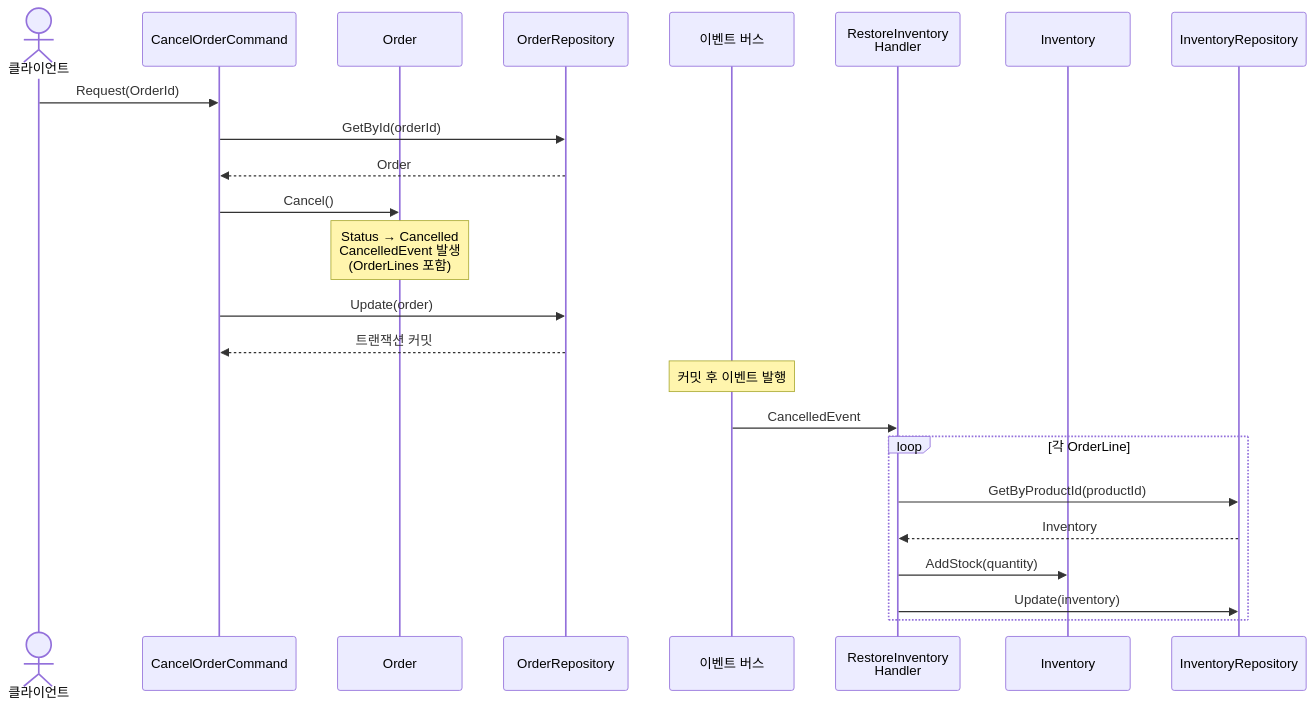
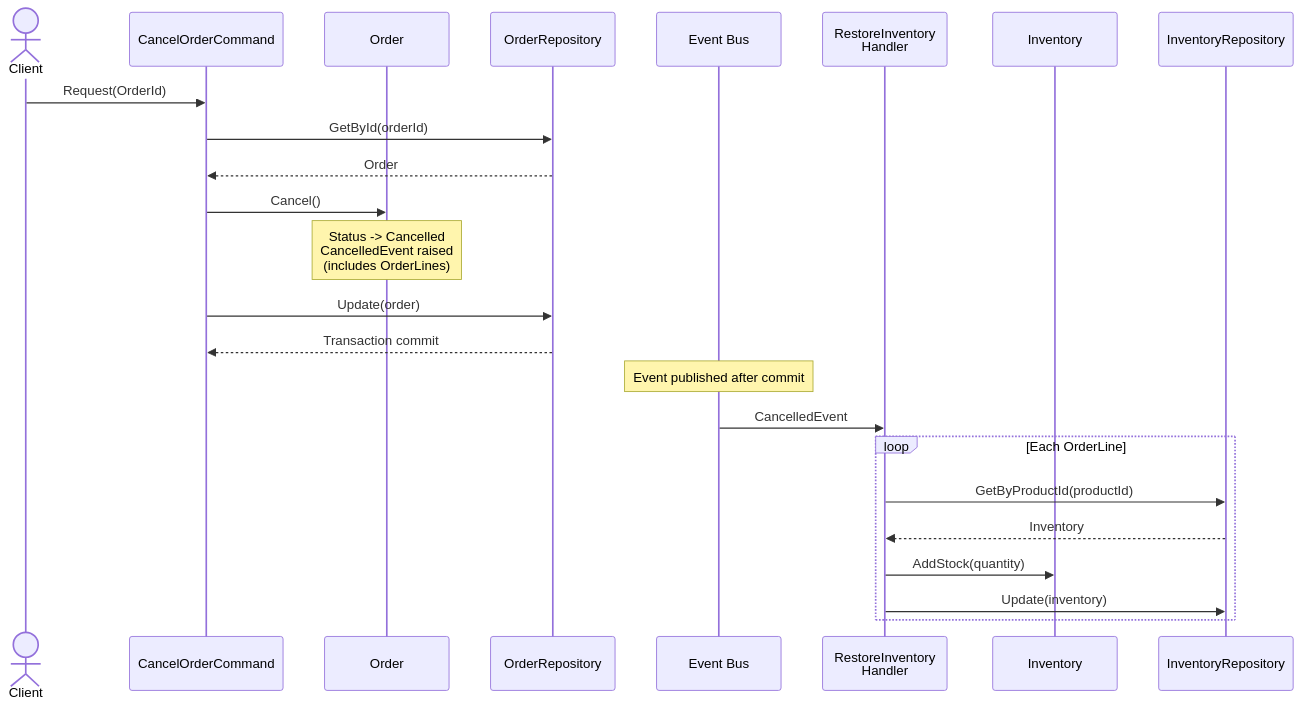
Before and after one commit to hhko/Functorium: the second of 3 diagrams in Docs.Site/src/content/docs/samples/ecommerce-ddd/application/00-business-requirements.md, drawn with Mermaid. The commit also changed other lines of this file and 39 other files, not shown here.

Commit message:
docs(i18n): ecommerce-ddd 샘플, architecture-rules 튜토리얼, specification 서론 영문 번역

````diff
--- a/Docs.Site/src/content/docs/samples/ecommerce-ddd/application/00-business-requirements.md
+++ b/Docs.Site/src/content/docs/samples/ecommerce-ddd/application/00-business-requirements.md
@@ -93,29 +93,29 @@
 ```mermaid
 sequenceDiagram
-    actor Client as 클라이언트
+    actor Client as Client
     participant Cmd as CancelOrderCommand
     participant Order as Order
     participant Repo as OrderRepository
-    participant Bus as 이벤트 버스
+    participant Bus as Event Bus
     participant Handler as RestoreInventory<br/>Handler
     participant Inv as Inventory
     participant InvRepo as InventoryRepository
 
     Client->>Cmd: Request(OrderId)
     Cmd->>Repo: GetById(orderId)
     Repo-->>Cmd: Order
     Cmd->>Order: Cancel()
-    Note over Order: Status → Cancelled<br/>CancelledEvent 발생<br/>(OrderLines 포함)
+    Note over Order: Status -> Cancelled<br/>CancelledEvent raised<br/>(includes OrderLines)
     Cmd->>Repo: Update(order)
-    Repo-->>Cmd: 트랜잭션 커밋
+    Repo-->>Cmd: Transaction commit
 
-    Note over Bus: 커밋 후 이벤트 발행
+    Note over Bus: Event published after commit
 
     Bus->>Handler: CancelledEvent
-    loop 각 OrderLine
+    loop Each OrderLine
         Handler->>InvRepo: GetByProductId(productId)
         InvRepo-->>Handler: Inventory
         Handler->>Inv: AddStock(quantity)
         Handler->>InvRepo: Update(inventory)
     end
 ```
````
